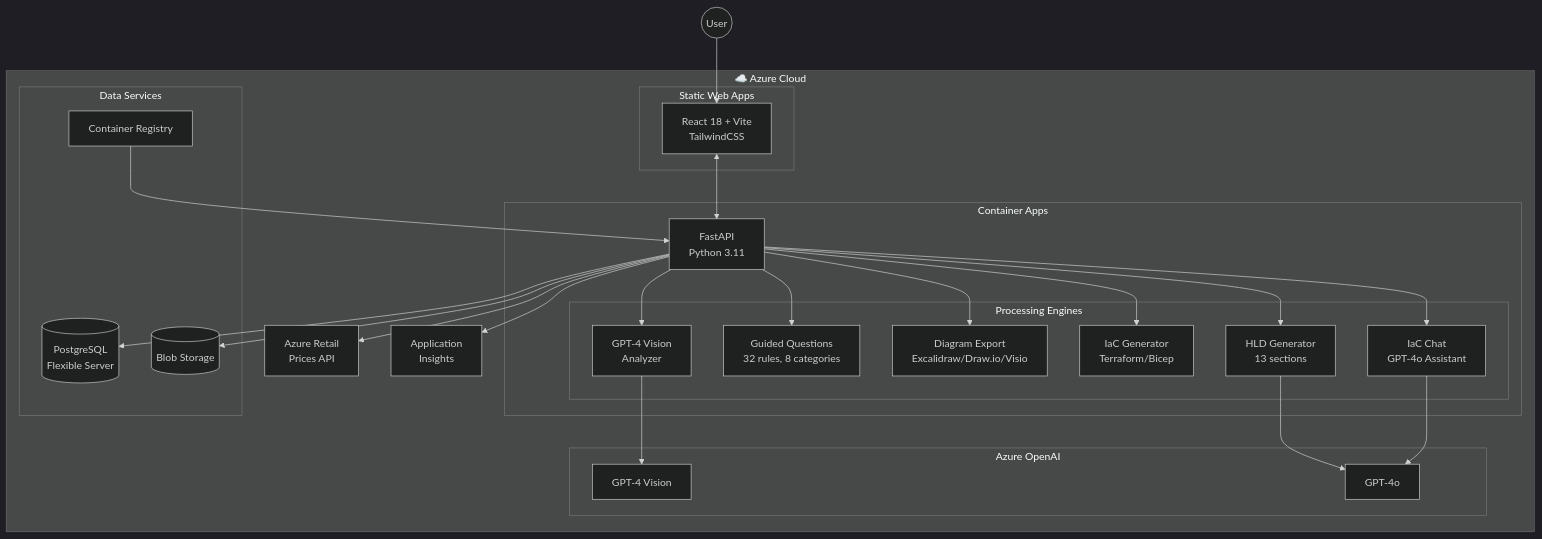
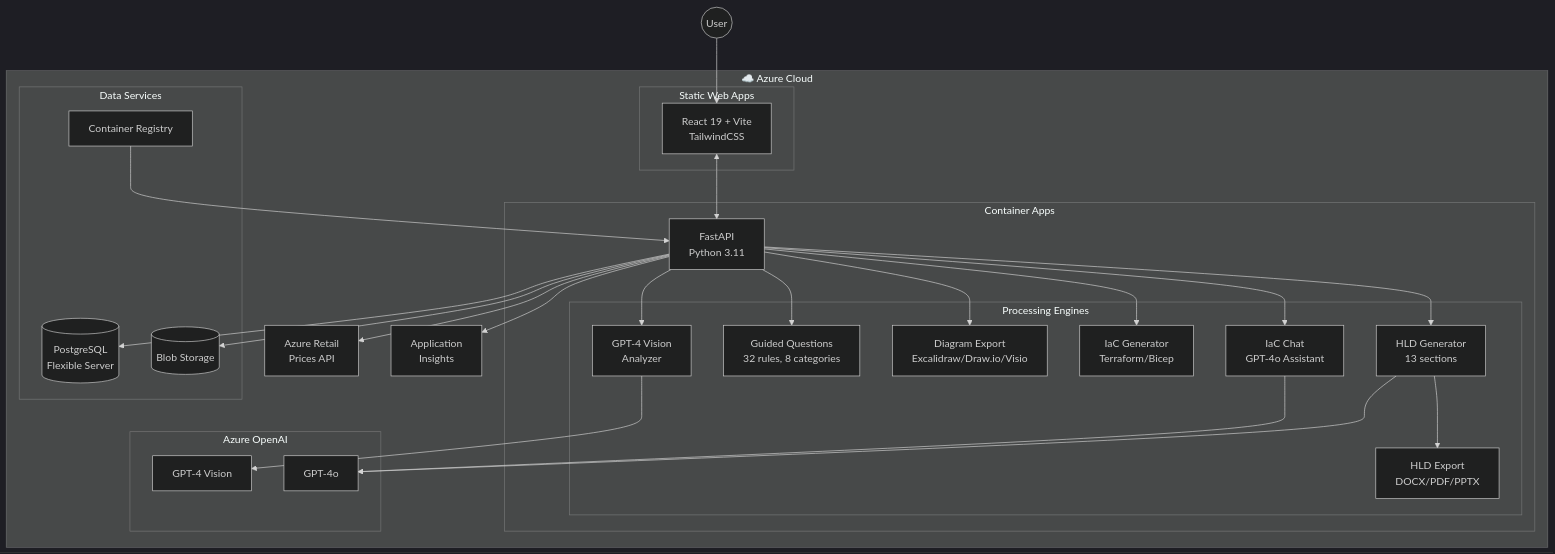
One commit to idokatz86/Archmorph changed the first of 2 diagrams in README.md. Above: the diagram before and after it, drawn with Mermaid (dark theme). The commit also changed other lines of this file and 39 other files, not shown here.

````diff
--- a/README.md
+++ b/README.md
@@ -84,48 +86,50 @@
 ```mermaid
 flowchart TB
     subgraph Azure["☁️ Azure Cloud"]
         subgraph Frontend["Static Web Apps"]
-            UI[React 18 + Vite<br/>TailwindCSS]
+            UI[React 19 + Vite<br/>TailwindCSS]
         end
         
         subgraph Backend["Container Apps"]
             API[FastAPI<br/>Python 3.11]
             subgraph Engines["Processing Engines"]
                 Vision[GPT-4 Vision<br/>Analyzer]
                 GQ[Guided Questions<br/>32 rules, 8 categories]
                 Export[Diagram Export<br/>Excalidraw/Draw.io/Visio]
                 IaC[IaC Generator<br/>Terraform/Bicep]
                 HLD[HLD Generator<br/>13 sections]
+                HLDExport[HLD Export<br/>DOCX/PDF/PPTX]
                 Chat[IaC Chat<br/>GPT-4o Assistant]
             end
         end
         
         subgraph Data["Data Services"]
             ACR[Container Registry]
             DB[(PostgreSQL<br/>Flexible Server)]
             Blob[(Blob Storage)]
         end
         
         subgraph AI["Azure OpenAI"]
             GPT4V[GPT-4 Vision]
             GPT4O[GPT-4o]
         end
         
         Pricing[Azure Retail<br/>Prices API]
         AppInsights[Application<br/>Insights]
     end
     
     User((User)) --> UI
     UI <--> API
     API --> Vision --> GPT4V
     API --> GQ
     API --> Export
     API --> IaC
     API --> HLD --> GPT4O
+    HLD --> HLDExport
     API --> Chat --> GPT4O
     API --> Pricing
     API --> DB
     API --> Blob
     ACR --> API
     API --> AppInsights
 ```
````
